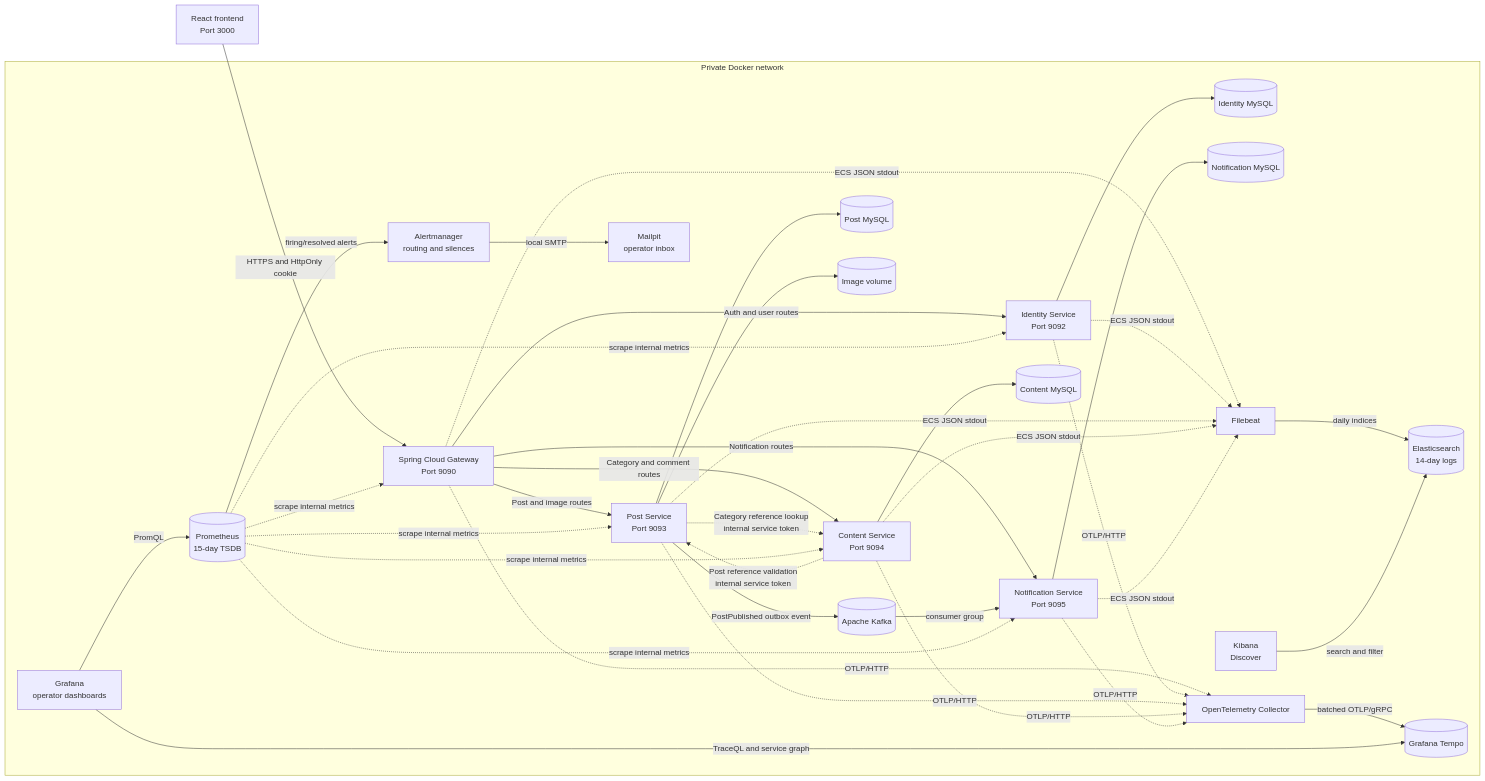
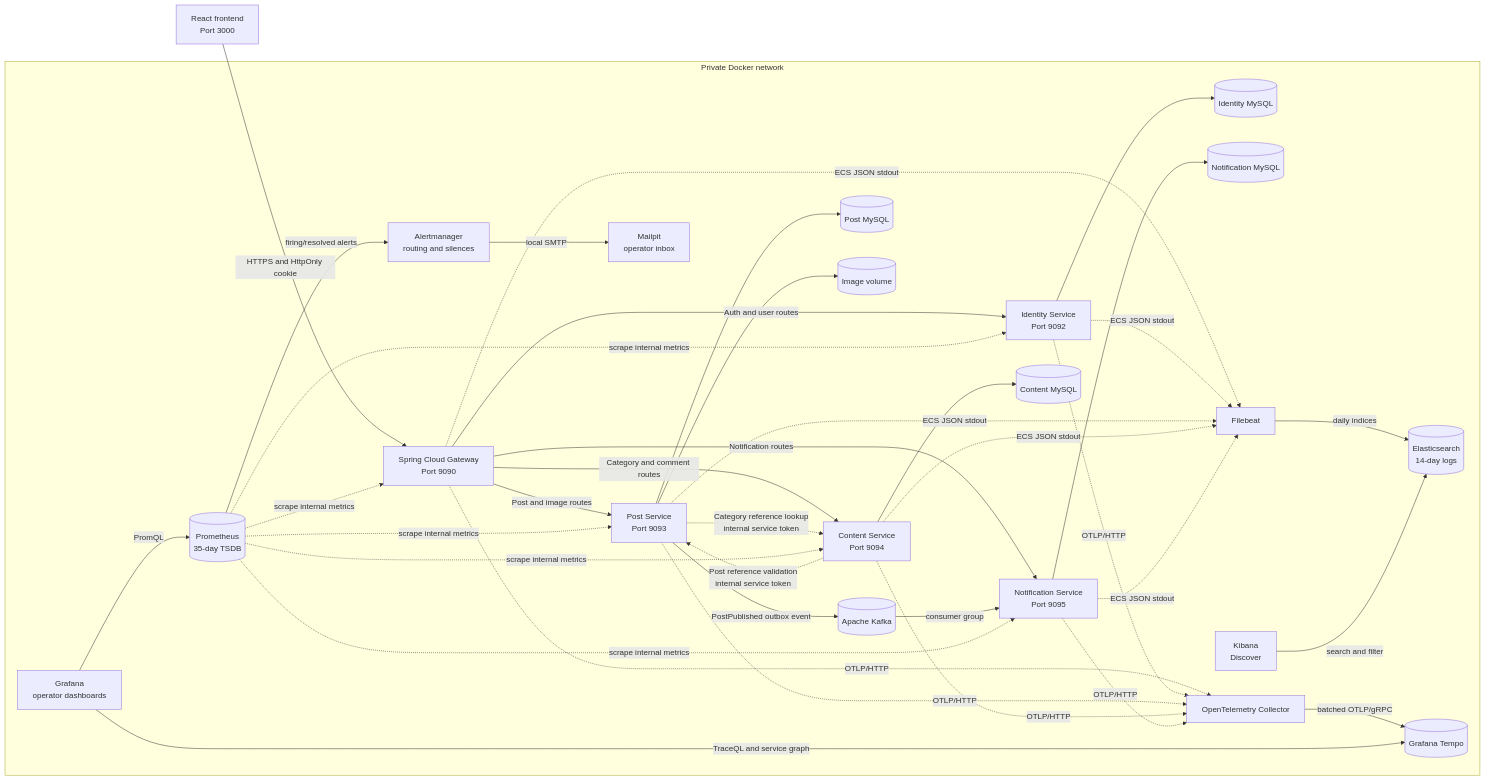
One commit to studywithdanish/microservices-backend changed the first of 2 diagrams in docs/architecture.md. Above: the diagram before and after it, drawn with Mermaid. The commit also changed other lines of this file and 26 other files, not shown here.

````diff
--- a/docs/architecture.md
+++ b/docs/architecture.md
@@ -7,45 +7,45 @@
 ```mermaid
 flowchart LR
     Browser[React frontend<br/>Port 3000] -->|HTTPS and HttpOnly cookie| Gateway[Spring Cloud Gateway<br/>Port 9090]
 
     subgraph Private Docker network
         Gateway -->|Auth and user routes| Identity[Identity Service<br/>Port 9092]
         Gateway -->|Post and image routes| Post[Post Service<br/>Port 9093]
         Gateway -->|Category and comment routes| Content[Content Service<br/>Port 9094]
         Gateway -->|Notification routes| Notification[Notification Service<br/>Port 9095]
 
         Identity --> IdentityDb[(Identity MySQL)]
         Post --> PostDb[(Post MySQL)]
         Post --> Images[(Image volume)]
         Content --> ContentDb[(Content MySQL)]
         Notification --> NotificationDb[(Notification MySQL)]
         Post -->|PostPublished outbox event| Kafka[(Apache Kafka)]
         Kafka -->|consumer group| Notification
 
         Post -.->|Category reference lookup<br/>internal service token| Content
         Content -.->|Post reference validation<br/>internal service token| Post
 
-        Prometheus[(Prometheus<br/>15-day TSDB)] -.->|scrape internal metrics| Gateway
+        Prometheus[(Prometheus<br/>35-day TSDB)] -.->|scrape internal metrics| Gateway
         Prometheus -.->|scrape internal metrics| Identity
         Prometheus -.->|scrape internal metrics| Post
         Prometheus -.->|scrape internal metrics| Content
         Prometheus -.->|scrape internal metrics| Notification
         Grafana[Grafana<br/>operator dashboards] -->|PromQL| Prometheus
         Prometheus -->|firing/resolved alerts| Alertmanager[Alertmanager<br/>routing and silences]
         Alertmanager -->|local SMTP| Mailpit[Mailpit<br/>operator inbox]
         Gateway -.->|ECS JSON stdout| Filebeat[Filebeat]
         Identity -.->|ECS JSON stdout| Filebeat
         Post -.->|ECS JSON stdout| Filebeat
         Content -.->|ECS JSON stdout| Filebeat
         Notification -.->|ECS JSON stdout| Filebeat
         Filebeat -->|daily indices| Elasticsearch[(Elasticsearch<br/>14-day logs)]
         Kibana[Kibana<br/>Discover] -->|search and filter| Elasticsearch
         Gateway -.->|OTLP/HTTP| Collector[OpenTelemetry Collector]
         Identity -.->|OTLP/HTTP| Collector
         Post -.->|OTLP/HTTP| Collector
         Content -.->|OTLP/HTTP| Collector
         Notification -.->|OTLP/HTTP| Collector
         Collector -->|batched OTLP/gRPC| Tempo[(Grafana Tempo)]
         Grafana -->|TraceQL and service graph| Tempo
     end
 ```
````
